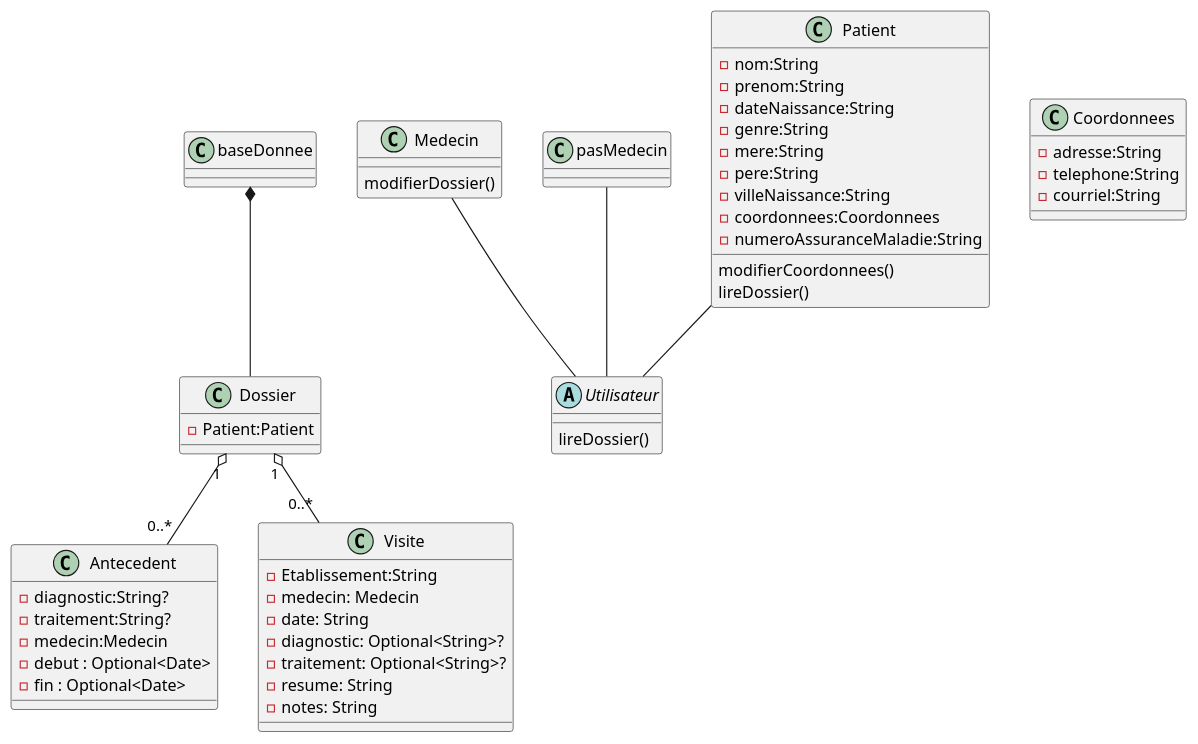
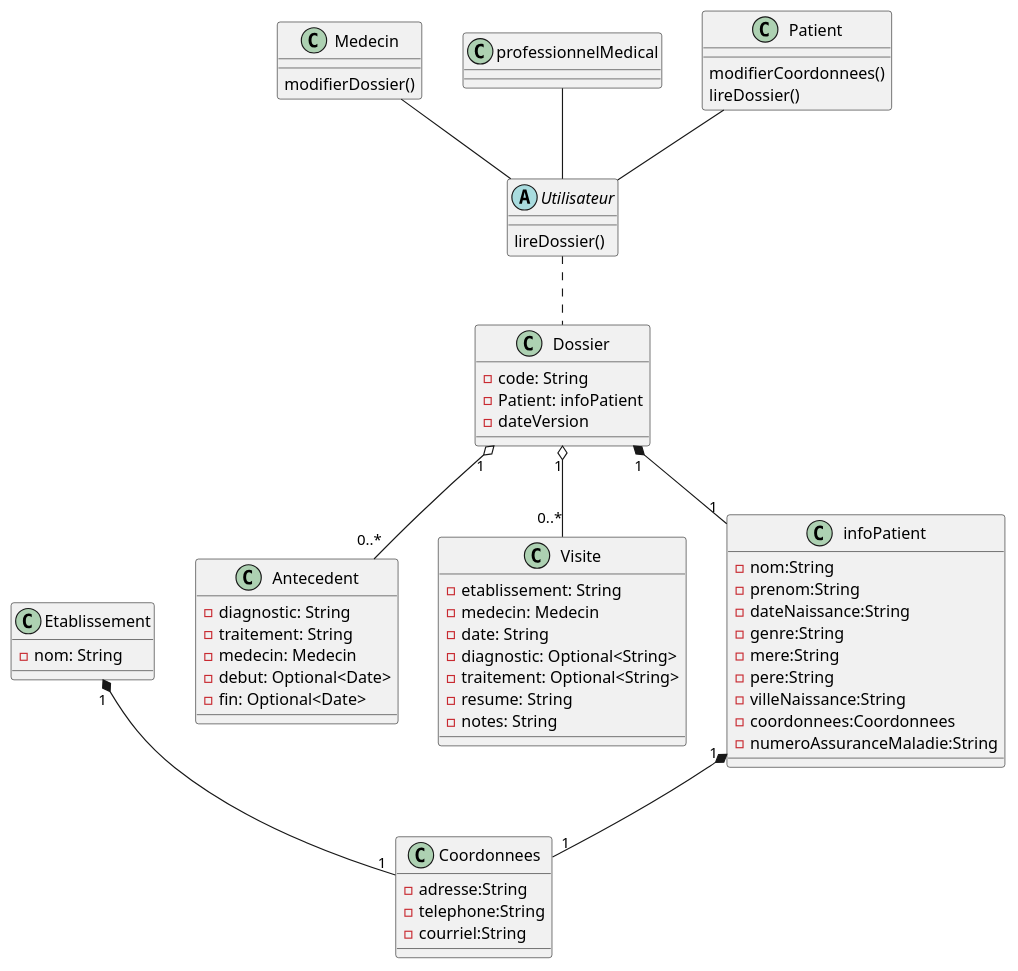
The diagram in classes.puml (vbrayuqam/projet-genielog), drawn with PlantUML before and after one commit. The commit also changed 9 other files, not shown here.

Commit message:
ajout UC et sequence

```diff
--- a/classes.puml
+++ b/classes.puml
@@ -1,110 +1,85 @@
 @startuml Classes
 
 class Dossier{
-    - Patient:Patient
-
-
-
-
+    - code: String
+    - Patient: infoPatient
+    - dateVersion
 }
 
 class Antecedent{
-    - diagnostic:String?
-    - traitement:String?
-    - medecin:Medecin
-    - debut : Optional<Date>
-    - fin : Optional<Date>
+    - diagnostic: String
+    - traitement: String
+    - medecin: Medecin
+    - debut: Optional<Date>
+    - fin: Optional<Date>
 }
 
 class Visite{
-    -Etablissement:String
+    - etablissement: String
     - medecin: Medecin
     - date: String
-    - diagnostic: Optional<String>?
-    - traitement: Optional<String>?
+    - diagnostic: Optional<String>
+    - traitement: Optional<String>
     - resume: String
     - notes: String
 }
 
-' class Etablissement{
-    '     -nom:String
-    '
-'}
-
-
-' class Carte{
-    '     -numeroDossier
-    '
-'}
 
 class Medecin{
     modifierDossier()
-
 
 }
 
 class Coordonnees{
     -adresse:String
     -telephone:String
     -courriel:String
 }
 
-class pasMedecin{}
+class professionnelMedical{}
 
 class Patient{
+
+    modifierCoordonnees()
+    lireDossier()
+}
+
+class infoPatient{
     -nom:String
     -prenom:String
     -dateNaissance:String
     -genre:String
     -mere:String
     -pere:String
     -villeNaissance:String
     -coordonnees:Coordonnees
     -numeroAssuranceMaladie:String
-    modifierCoordonnees()
-    lireDossier()
 }
+
 
 abstract Utilisateur{
     lireDossier()
 }
 
-' class Diagnostic{
-    ' -Medicament:String
-
-    '
-'}
-' class Traitement{}
-
-
-
-' Interface Consultable{
-
-
-    '
-'}
-
-' Interface Modifiable{
-
-
-    '
-'}
-
-baseDonnee *-- Dossier
+class Etablissement{
+    - nom: String
+}
 
 Patient -- Utilisateur
 Medecin -- Utilisateur
-pasMedecin -- Utilisateur
+professionnelMedical -- Utilisateur
 
-' Visite -- Etablissement
+Utilisateur .. Dossier
 
-' Dossier -- Consultable
-' Dossier -- Modifiable
+
+Etablissement "1" *-- "1" Coordonnees
+infoPatient "1" *-- "1" Coordonnees
+
+
+Dossier "1" *-- "1" infoPatient
 
 Dossier "1" o-- "0..*" Antecedent
 
 Dossier "1" o-- "0..*" Visite
-' Antecedent .. Medecin
-' Visite .. Medecin
 
 @enduml
```
